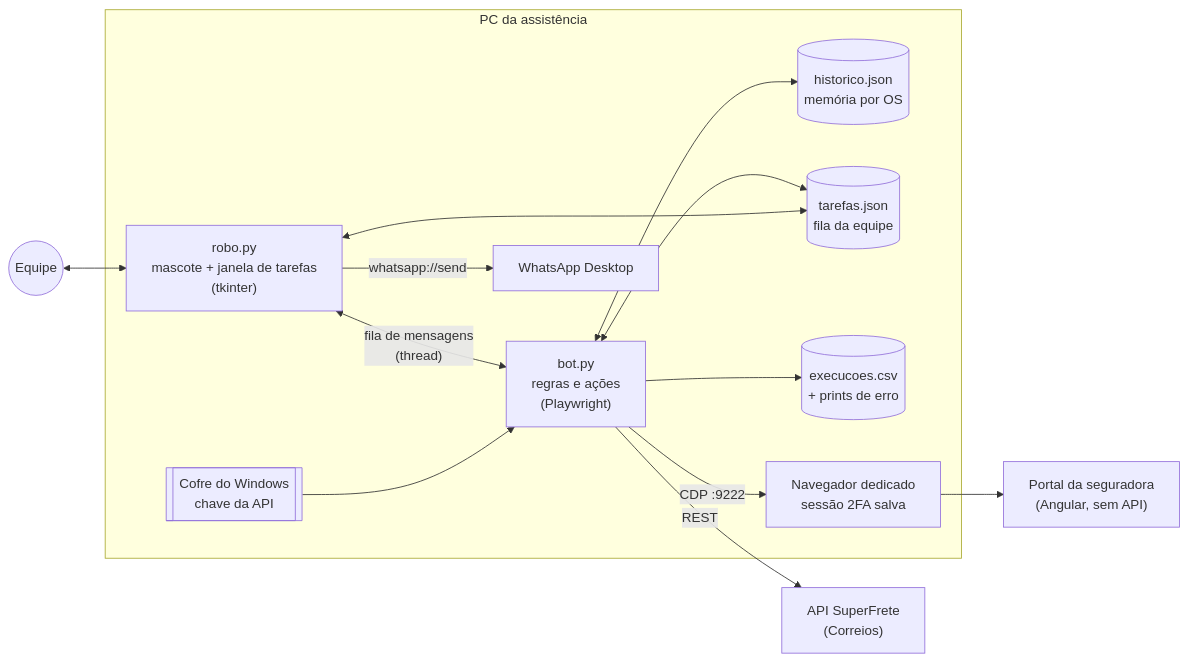
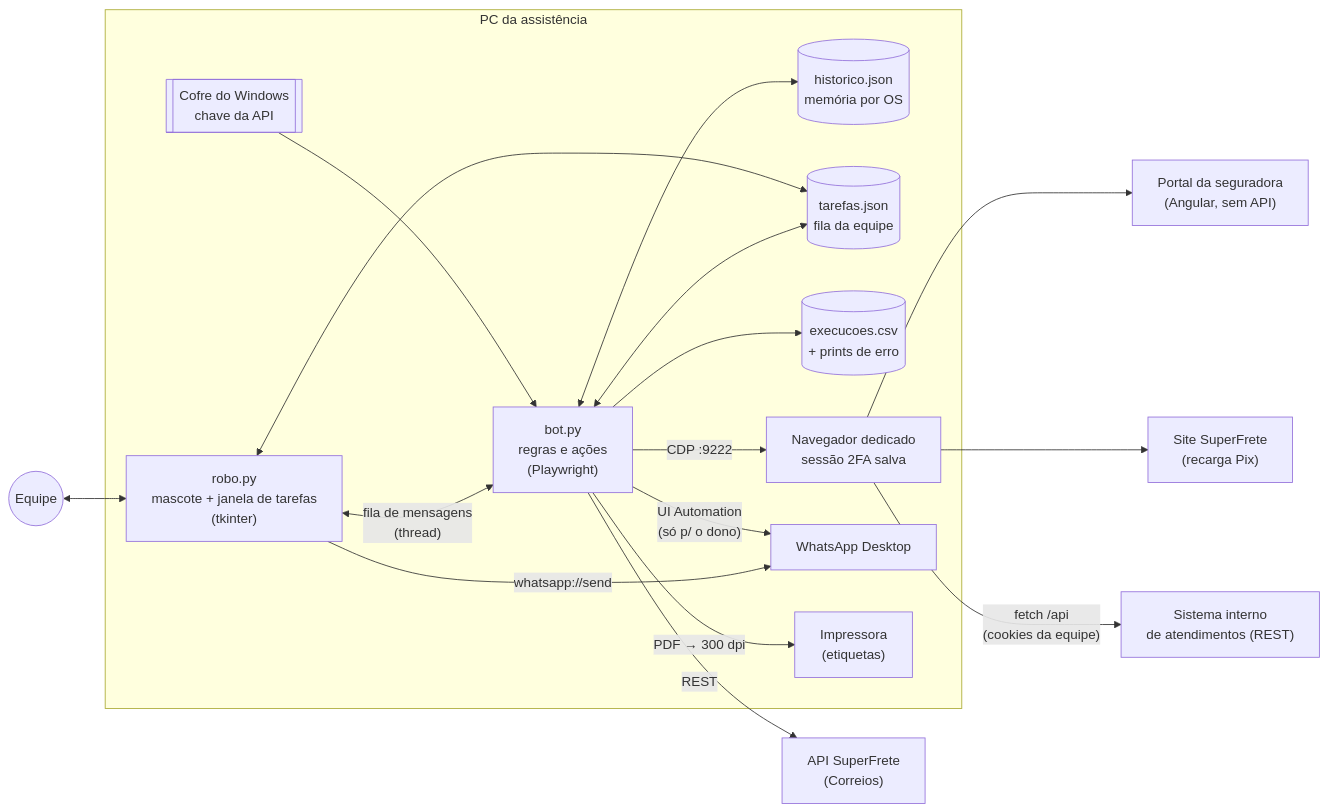
One commit to sauleromorales/robo-prestador changed the first of 6 diagrams in README.md. Above: the diagram before and after it, drawn with Mermaid. The commit also changed other lines of this file, not shown here.

Commit message:
README: etiqueta automática, impressão, recarga Pix, sistema interno e robustez

````diff
--- a/README.md
+++ b/README.md
@@ -50,27 +55,34 @@
 ```mermaid
 flowchart LR
     subgraph PC["PC da assistência"]
         UI["robo.py<br/>mascote + janela de tarefas<br/>(tkinter)"]
         BOT["bot.py<br/>regras e ações<br/>(Playwright)"]
         MEM[("historico.json<br/>memória por OS")]
         TAR[("tarefas.json<br/>fila da equipe")]
         LOG[("execucoes.csv<br/>+ prints de erro")]
         COFRE[["Cofre do Windows<br/>chave da API"]]
         NAV["Navegador dedicado<br/>sessão 2FA salva"]
         ZAP["WhatsApp Desktop"]
+        IMP["Impressora<br/>(etiquetas)"]
     end
     PORTAL["Portal da seguradora<br/>(Angular, sem API)"]
     SF["API SuperFrete<br/>(Correios)"]
+    SFW["Site SuperFrete<br/>(recarga Pix)"]
+    SIS["Sistema interno<br/>de atendimentos (REST)"]
     EQ(("Equipe"))
 
     EQ <--> UI
     UI <-->|"fila de mensagens<br/>(thread)"| BOT
     BOT -- "CDP :9222" --> NAV --> PORTAL
     BOT <--> MEM
     BOT <--> TAR
     UI <--> TAR
     BOT --> LOG
     BOT -- "REST" --> SF
     COFRE --> BOT
     UI -- "whatsapp://send" --> ZAP
+    NAV --> SFW
+    NAV -- "fetch /api<br/>(cookies da equipe)" --> SIS
+    BOT -- "PDF → 300 dpi" --> IMP
+    BOT -- "UI Automation<br/>(só p/ o dono)" --> ZAP
 ```
````
